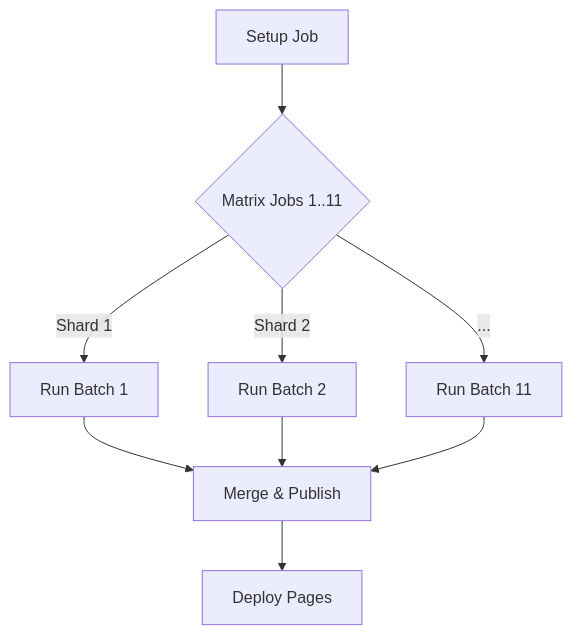
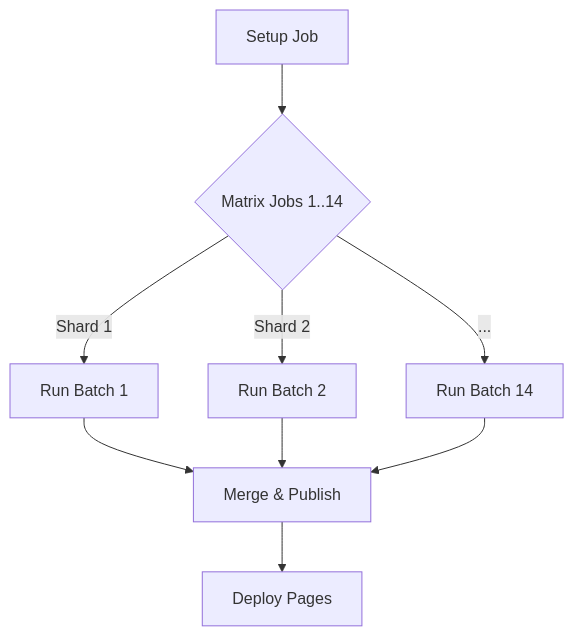
One commit to AmirrezaFarnamTaheri/ConfigStream changed the diagram in docs/wiki/project/05-devops.md. Above: the diagram before and after it, drawn with Mermaid. The commit also changed other lines of this file and 32 other files, not shown here.

````diff
--- a/docs/wiki/project/05-devops.md
+++ b/docs/wiki/project/05-devops.md
@@ -18,11 +18,11 @@
 ```mermaid
 graph TD
-    A[Setup Job] --> B{Matrix Jobs 1..11}
+    A[Setup Job] --> B{Matrix Jobs 1..14}
     B -->|Shard 1| C1[Run Batch 1]
     B -->|Shard 2| C2[Run Batch 2]
-    B -->|...| C3[Run Batch 11]
+    B -->|...| C3[Run Batch 14]
     C1 --> D[Merge & Publish]
     C2 --> D
     C3 --> D
     D --> E[Deploy Pages]
 ```
````
